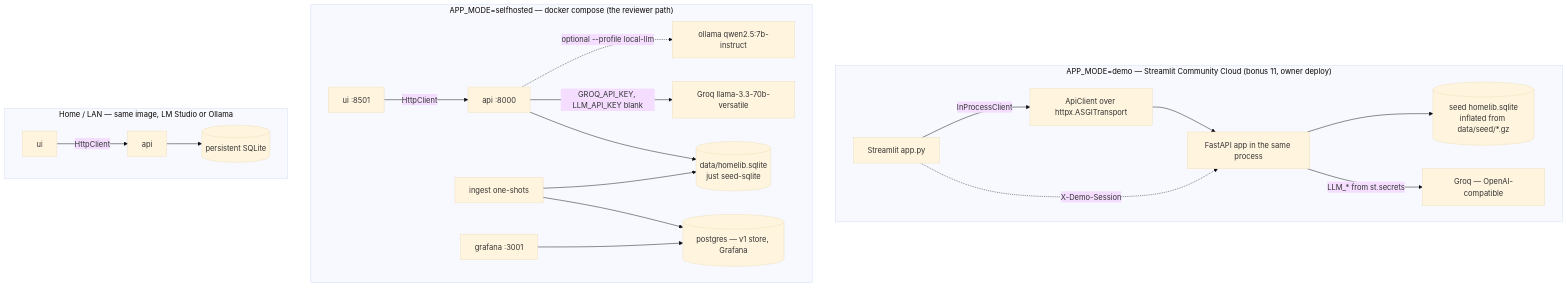
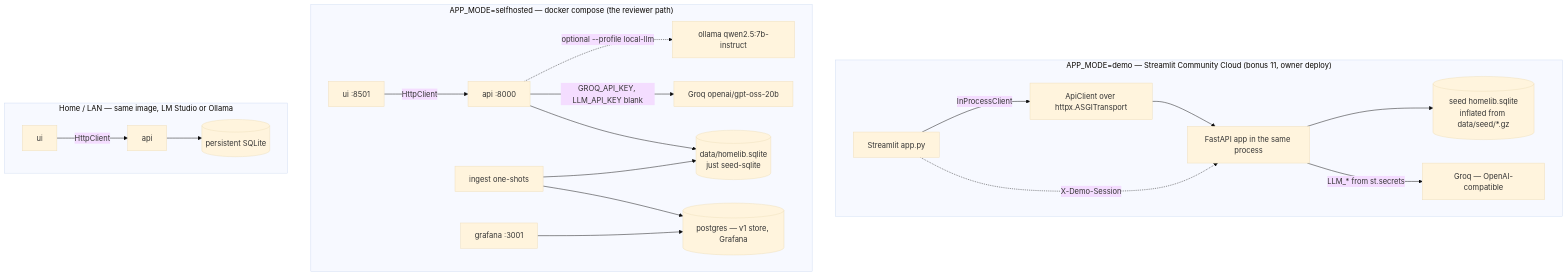
Before and after one commit to elgrassa/homelib: the third of 4 diagrams in docs/wiki/architecture-overview.md, drawn with Mermaid (base theme). The commit also changed other lines of this file and 2 other files, not shown here.

First line of the commit message:
docs: align checklist, data-sources, and architecture wiki with tip

````diff
--- a/docs/wiki/architecture-overview.md
+++ b/docs/wiki/architecture-overview.md
@@ -117,23 +107,23 @@
 ```mermaid
 flowchart TB
     subgraph demo["APP_MODE=demo — Streamlit Community Cloud (bonus 11, owner deploy)"]
         D_UI[Streamlit app.py] -->|InProcessClient| D_ASGI[ApiClient over httpx.ASGITransport]
         D_ASGI --> D_API[FastAPI app in the same process]
         D_API --> D_DB[(seed homelib.sqlite<br/>inflated from data/seed/*.gz)]
         D_API -->|LLM_* from st.secrets| D_LLM[Groq — OpenAI-compatible]
         D_UI -. X-Demo-Session .-> D_API
     end
     subgraph compose["APP_MODE=selfhosted — docker compose (the reviewer path)"]
         C_UI[ui :8501] -->|HttpClient| C_API[api :8000]
         C_API --> C_DB[(data/homelib.sqlite<br/>just seed-sqlite)]
-        C_API -->|GROQ_API_KEY, LLM_API_KEY blank| C_GROQ[Groq llama-3.3-70b-versatile]
+        C_API -->|GROQ_API_KEY, LLM_API_KEY blank| C_GROQ[Groq openai/gpt-oss-20b]
         C_API -.->|optional --profile local-llm| C_OLL[ollama qwen2.5:7b-instruct]
         C_ING[ingest one-shots] --> C_PG[(postgres — v1 store, Grafana)]
         C_ING --> C_DB
         C_GRAF[grafana :3001] --> C_PG
     end
     subgraph home["Home / LAN — same image, LM Studio or Ollama"]
         H_UI[ui] -->|HttpClient| H_API[api]
         H_API --> H_DB[(persistent SQLite)]
     end
 ```
````
